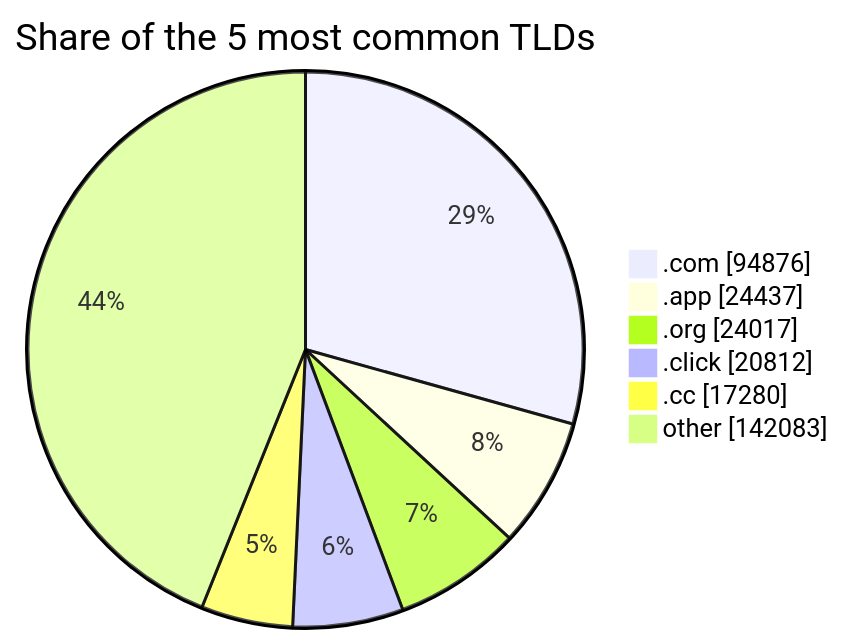
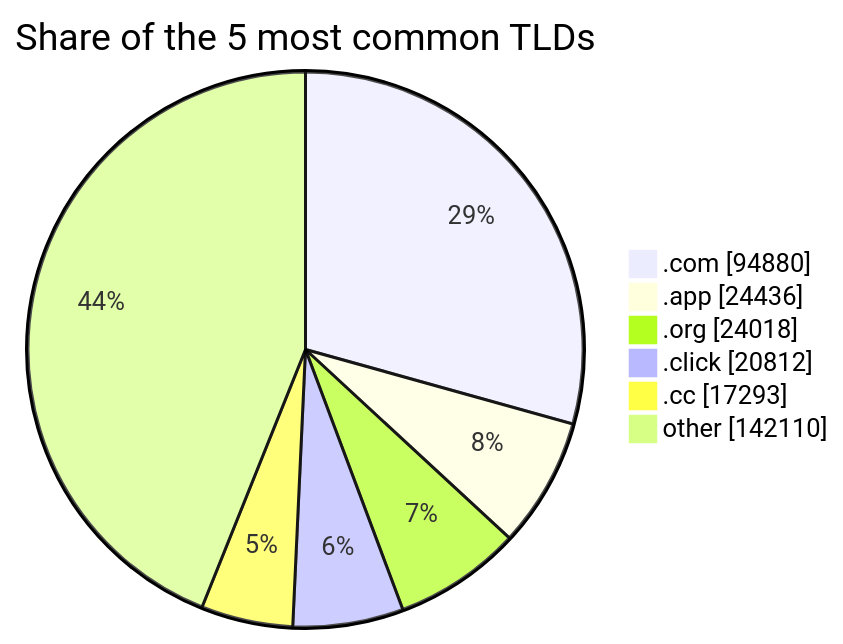
The third of 3 diagrams in README.md (DNSBunker/CTI), drawn with Mermaid before and after one commit. The commit also changed other lines of this file and 4 other files, not shown here.

````diff
--- a/README.md
+++ b/README.md
@@ -81,9 +81,9 @@
 ```mermaid
 pie showData title Share of the 5 most common TLDs
-    ".com" : 94876
-    ".app" : 24437
-    ".org" : 24017
+    ".com" : 94880
+    ".app" : 24436
+    ".org" : 24018
     ".click" : 20812
-    ".cc" : 17280
-    "other" : 142083
+    ".cc" : 17293
+    "other" : 142110
 ```
````
